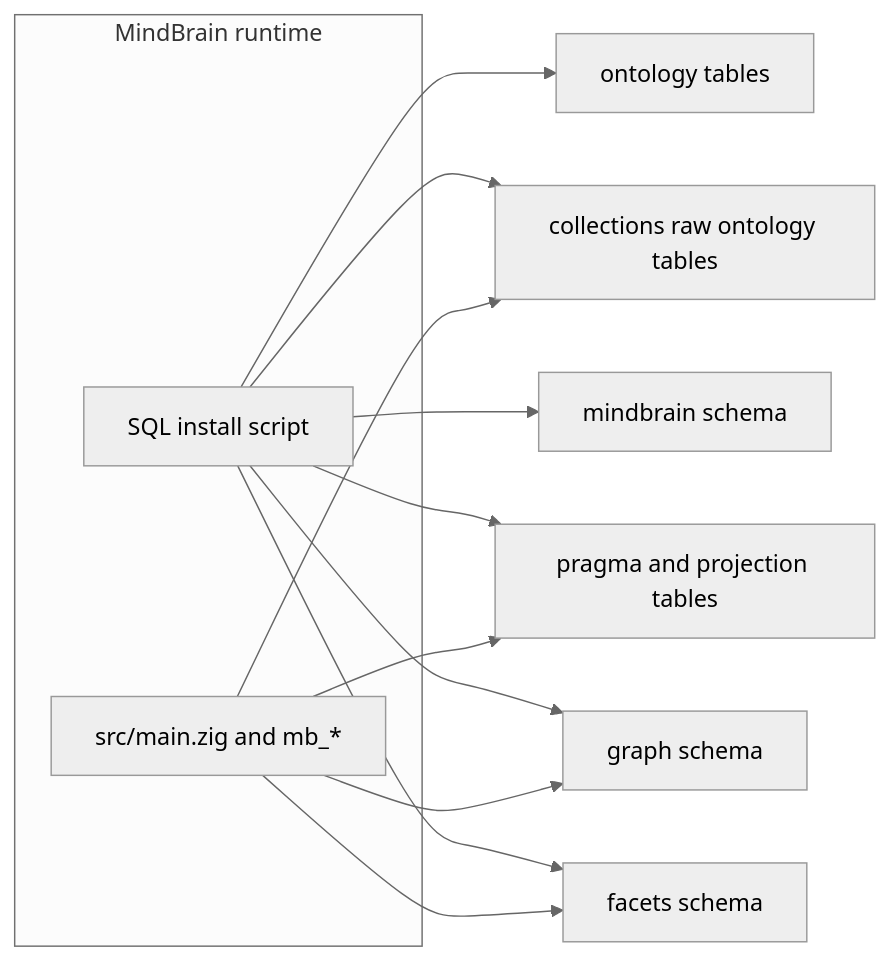
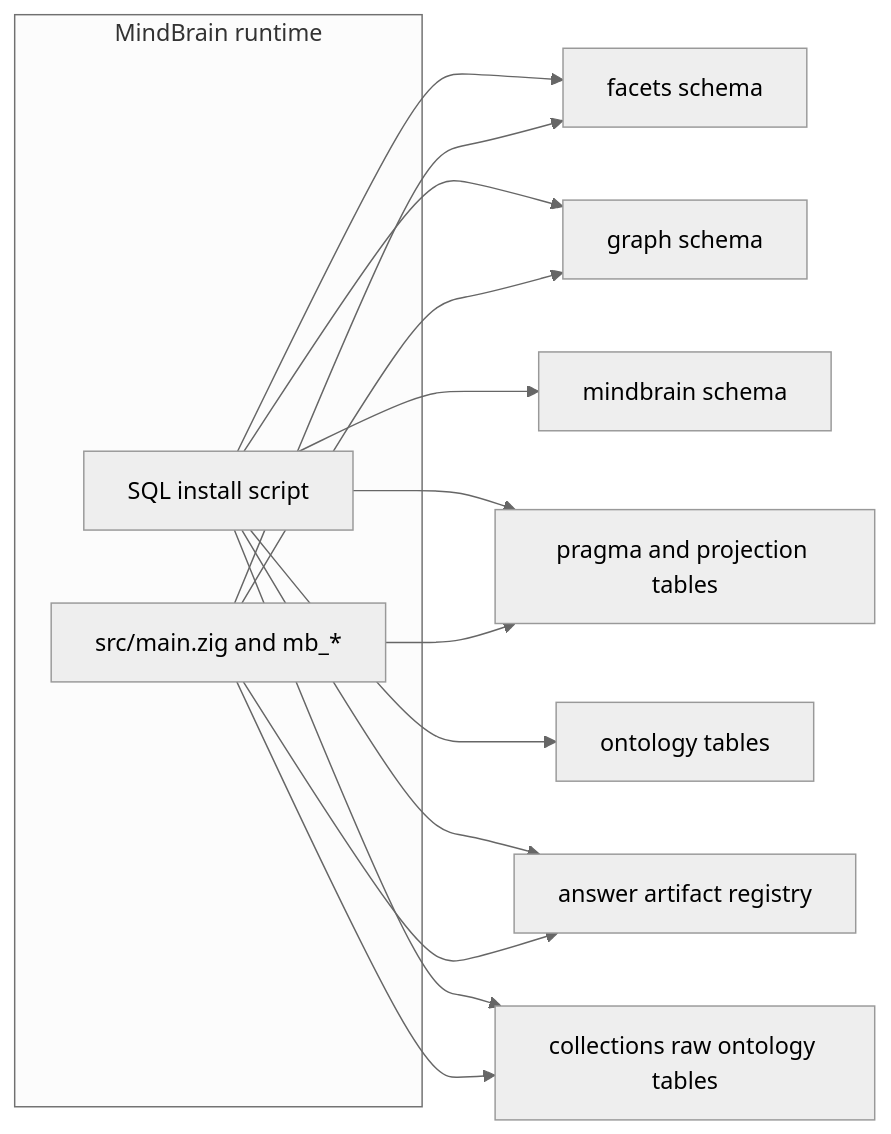
One commit to mindflight-orchestrator/mindbrain-perso changed the diagram in docs/overview.md. Above: the diagram before and after it, drawn with Mermaid (neutral theme). The commit also changed other lines of this file and 20 other files, not shown here.

Commit message:
feat: add answer artifact registry

````diff
--- a/docs/overview.md
+++ b/docs/overview.md
@@ -37,17 +38,19 @@
 ```mermaid
 flowchart LR
   subgraph runtime [MindBrain runtime]
     SQL[SQL install script]
     Zig[src/main.zig and mb_*]
   end
   SQL --> facetsSch[facets schema]
   SQL --> graphSch[graph schema]
   SQL --> mindbrainSch[mindbrain schema]
   SQL --> pragmaFn[pragma and projection tables]
   SQL --> ontoSch[ontology tables]
+  SQL --> artifactSch[answer artifact registry]
   SQL --> rawOnt[collections raw ontology tables]
   Zig --> facetsSch
   Zig --> graphSch
   Zig --> pragmaFn
+  Zig --> artifactSch
   Zig --> rawOnt
 ```
````
